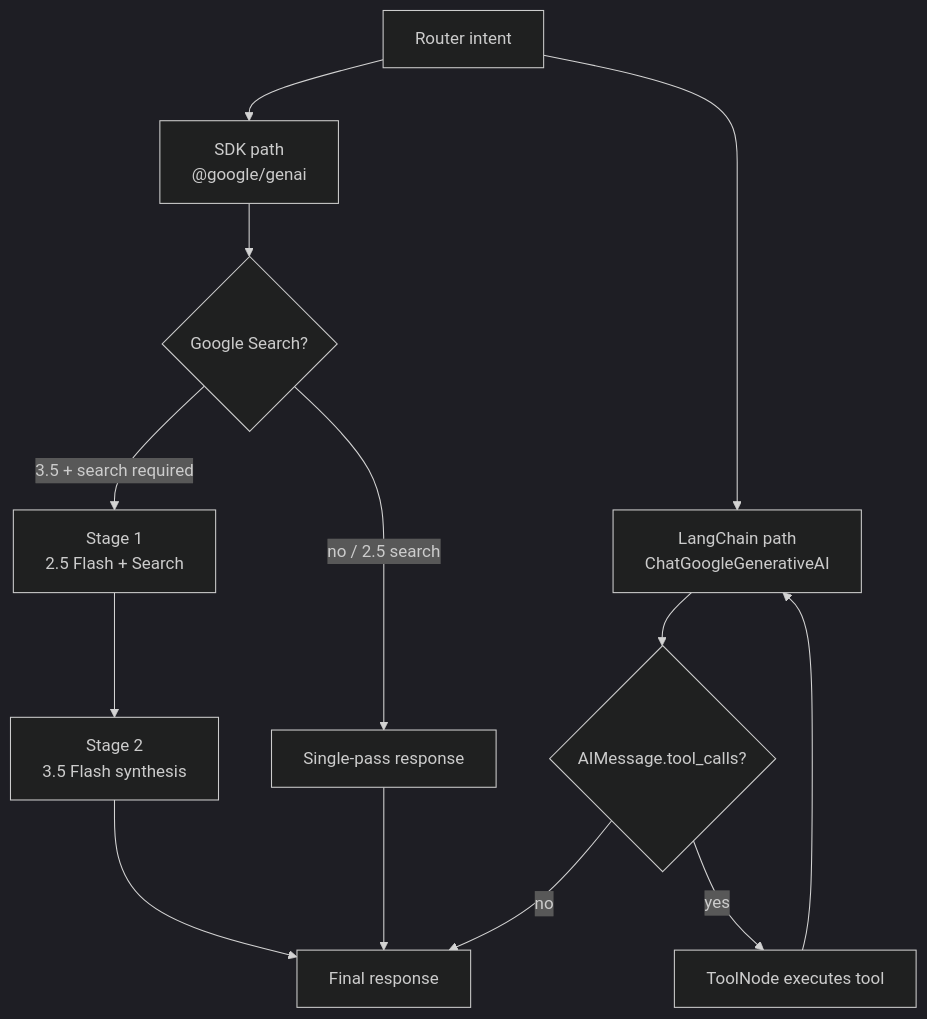
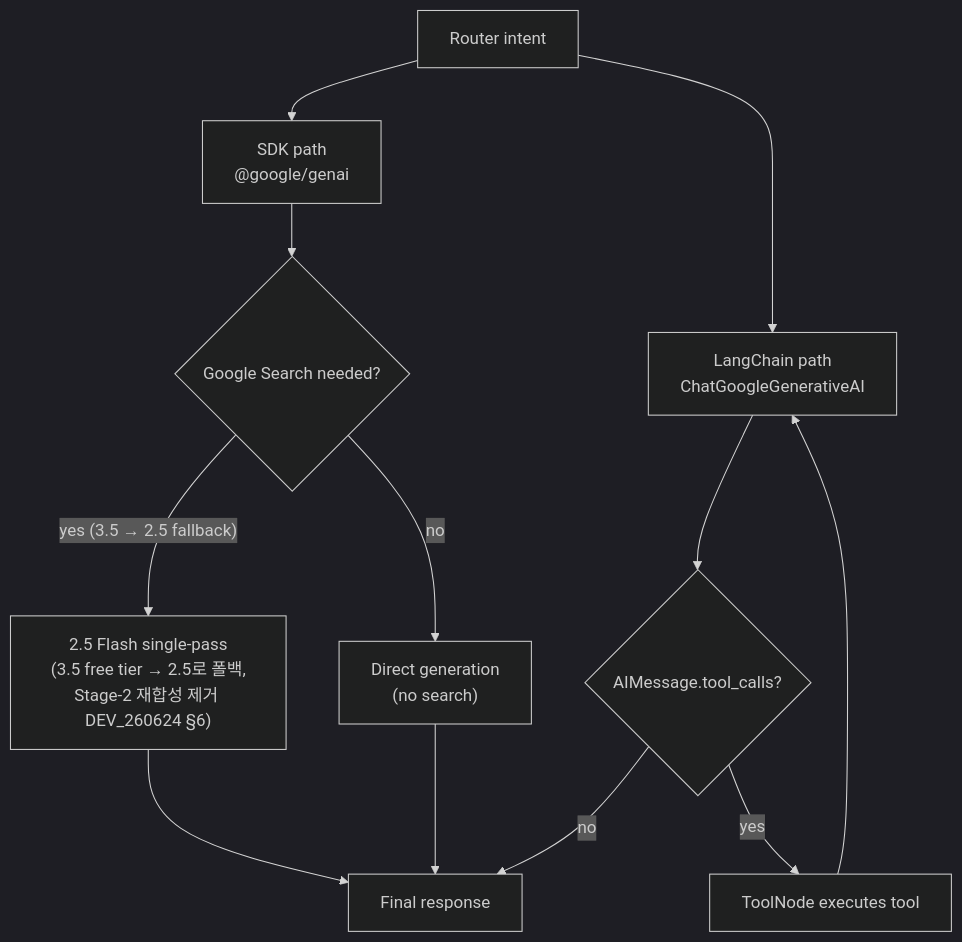
One commit to jpjp92/chat-agent changed the second of 5 diagrams in docs/guide/REF_Architecture.md. Above: the diagram before and after it, drawn with Mermaid (dark theme). The commit also changed other lines of this file and 5 other files, not shown here.

````diff
--- a/docs/guide/REF_Architecture.md
+++ b/docs/guide/REF_Architecture.md
@@ -39,22 +39,21 @@
 ```mermaid
 flowchart TB
     Intent["Router intent"]
     SDK["SDK path\n@google/genai"]
     LC["LangChain path\nChatGoogleGenerativeAI"]
-    GoogleSearch{"Google Search?"}
-    Stage1["Stage 1\n2.5 Flash + Search"]
-    Stage2["Stage 2\n3.5 Flash synthesis"]
-    Single["Single-pass response"]
+    GoogleSearch{"Google Search needed?"}
+    SinglePass["2.5 Flash single-pass\n(3.5 free tier → 2.5로 폴백,\nStage-2 재합성 제거 DEV_260624 §6)"]
+    Direct["Direct generation\n(no search)"]
     ToolCall{"AIMessage.tool_calls?"}
     Tools["ToolNode executes tool"]
     Final["Final response"]
 
     Intent --> SDK
     Intent --> LC
     SDK --> GoogleSearch
-    GoogleSearch -- "3.5 + search required" --> Stage1 --> Stage2 --> Final
-    GoogleSearch -- "no / 2.5 search" --> Single --> Final
+    GoogleSearch -- "yes (3.5 → 2.5 fallback)" --> SinglePass --> Final
+    GoogleSearch -- "no" --> Direct --> Final
     LC --> ToolCall
     ToolCall -- "yes" --> Tools --> LC
     ToolCall -- "no" --> Final
 ```
````
